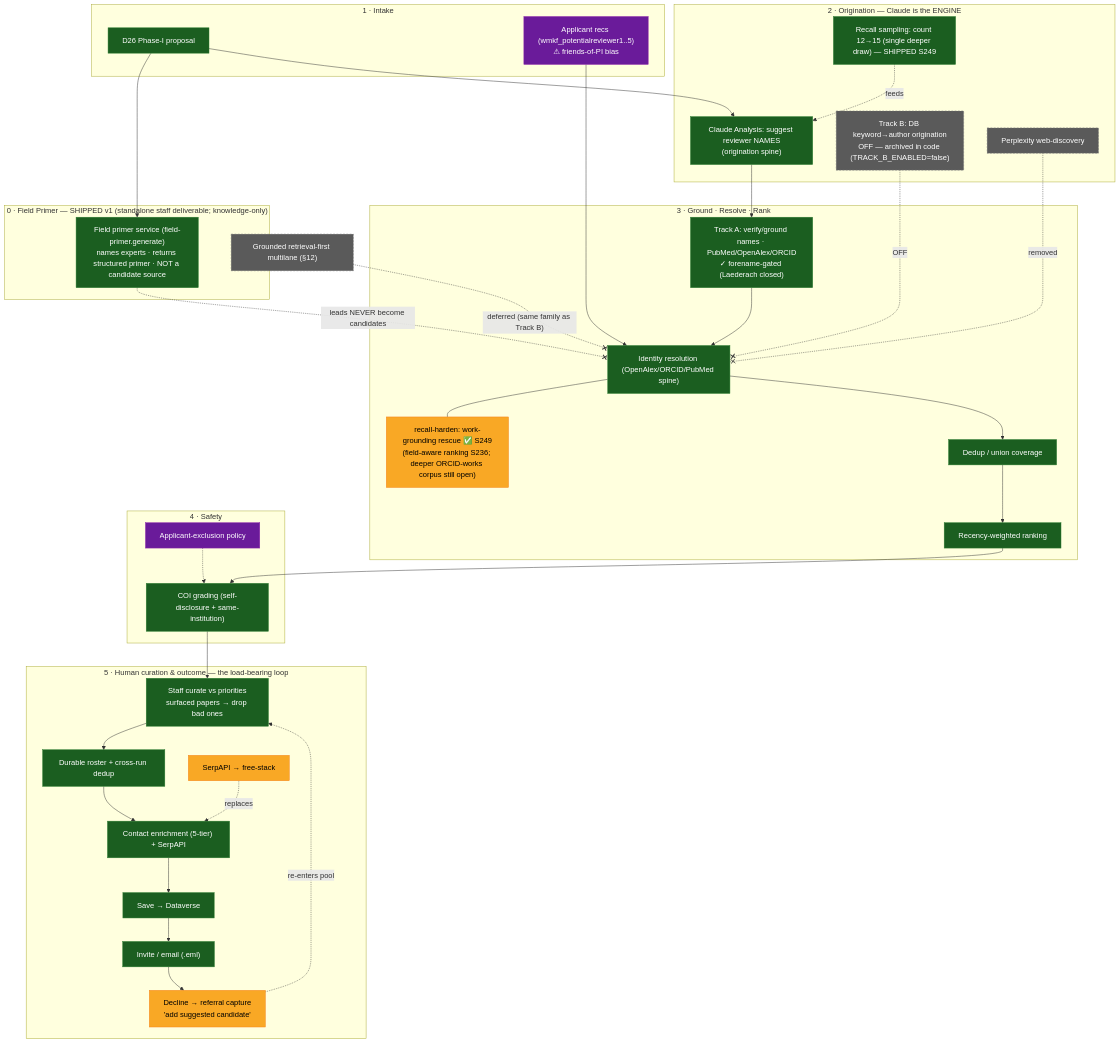
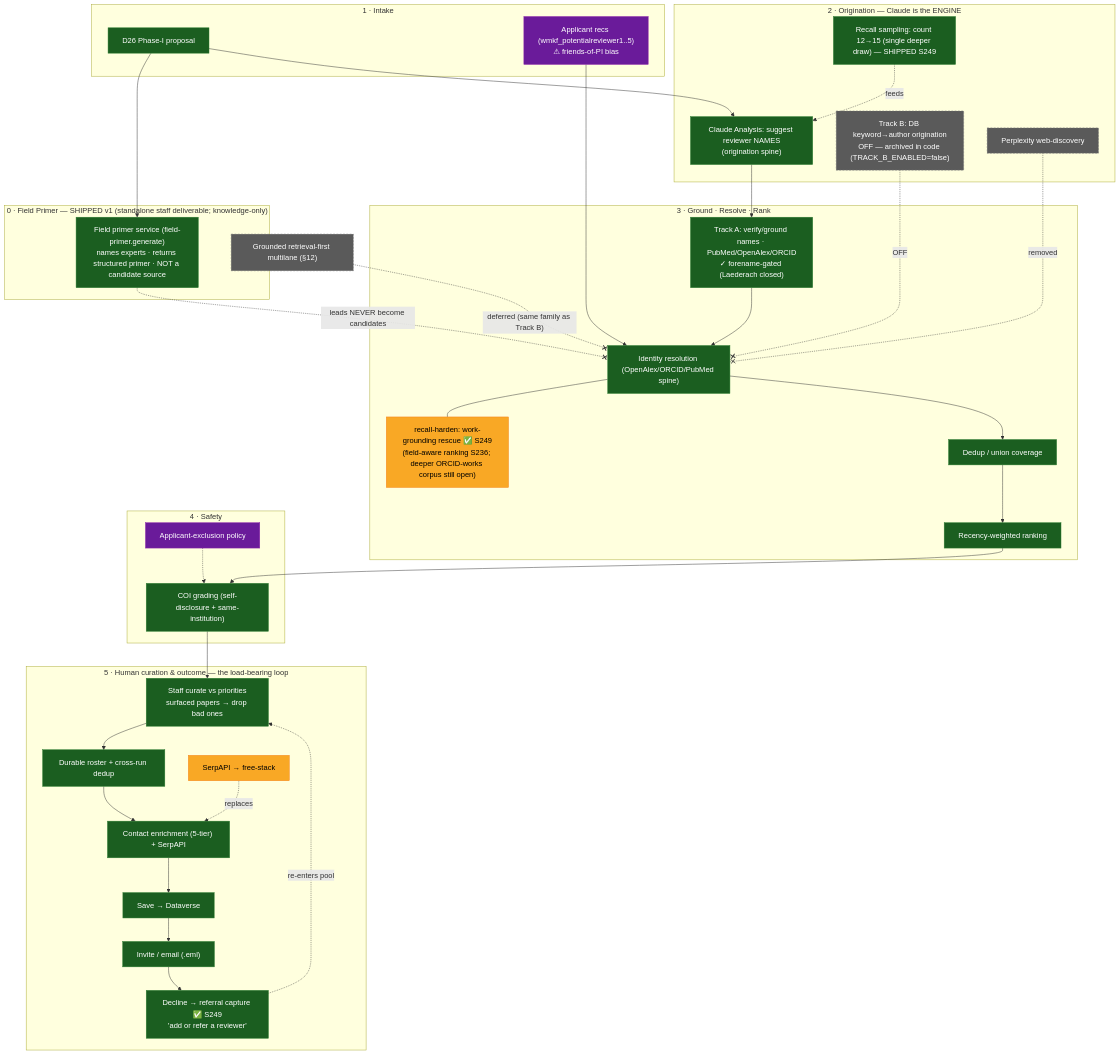
Before and after one commit to justingallivan/wmkf-research-apps: the diagram in docs/REVIEWER_FINDER_D26_PIPELINE_FLOWCHART.md, drawn with Mermaid. The commit also changed other lines of this file and 2 other files, not shown here.

First line of the commit message:
docs(reviewer-finder): reconcile referral capture as shipped (S249)

````diff
--- a/docs/REVIEWER_FINDER_D26_PIPELINE_FLOWCHART.md
+++ b/docs/REVIEWER_FINDER_D26_PIPELINE_FLOWCHART.md
@@ -24,70 +24,70 @@
 ```mermaid
 flowchart TD
     subgraph PRIMER["0 · Field Primer — SHIPPED v1 (standalone staff deliverable; knowledge-only)"]
         PR["Field primer service (field-primer.generate)<br/>names experts · returns structured primer · NOT a candidate source"]
     end
 
     subgraph INPUT["1 · Intake"]
         P[D26 Phase-I proposal]
         AppRecs["Applicant recs (wmkf_potentialreviewer1..5)<br/>⚠ friends-of-PI bias"]
     end
 
     subgraph ORIG["2 · Origination — Claude is the ENGINE"]
         CA["Claude Analysis: suggest reviewer NAMES<br/>(origination spine)"]
         RS["Recall sampling: count 12→15 (single deeper draw) — SHIPPED S249"]
         TB["Track B: DB keyword→author origination<br/>OFF — archived in code (TRACK_B_ENABLED=false)"]
         WEB["Perplexity web-discovery"]
     end
 
     subgraph GROUND["3 · Ground · Resolve · Rank"]
         TA["Track A: verify/ground names · PubMed/OpenAlex/ORCID<br/>✓ forename-gated (Laederach closed)"]
         ID["Identity resolution (OpenAlex/ORCID/PubMed spine)"]
         IDFIX["recall-harden: work-grounding rescue ✅ S249<br/>(field-aware ranking S236; deeper ORCID-works corpus still open)"]
         DD["Dedup / union coverage"]
         RK["Recency-weighted ranking"]
     end
 
     subgraph GATE["4 · Safety"]
         COI["COI grading (self-disclosure + same-institution)"]
         EXC["Applicant-exclusion policy"]
     end
 
     subgraph HUMAN["5 · Human curation & outcome — the load-bearing loop"]
         CUR["Staff curate vs priorities<br/>surfaced papers → drop bad ones"]
         ROSTER["Durable roster + cross-run dedup"]
         ENR["Contact enrichment (5-tier) + SerpAPI"]
         SERP["SerpAPI → free-stack"]
         SAVE["Save → Dataverse"]
         INVITE["Invite / email (.eml)"]
-        REF["Decline → referral capture<br/>'add suggested candidate'"]
+        REF["Decline → referral capture ✅ S249<br/>'add or refer a reviewer'"]
     end
 
     GROUNDED["Grounded retrieval-first multilane (§12)"]
 
     P --> PR
     P --> CA
     RS -.feeds.-> CA
     AppRecs --> ID
     CA --> TA --> ID
     TB -. OFF .-x ID
     WEB -. removed .-x ID
     PR -. leads NEVER become candidates .-x ID
     ID --- IDFIX
     ID --> DD --> RK --> COI
     EXC -.-> COI
     COI --> CUR --> ROSTER --> ENR --> SAVE --> INVITE
     SERP -. replaces .-> ENR
     INVITE --> REF
     REF -. re-enters pool .-> CUR
     GROUNDED -. deferred (same family as Track B) .-x ID
 
     classDef exists fill:#1b5e20,stroke:#2e7d32,color:#fff
     classDef build fill:#f9a825,stroke:#f57f17,color:#000
     classDef dead fill:#5a5a5a,stroke:#777,color:#fff,stroke-dasharray:4 3
     classDef open fill:#6a1b9a,stroke:#8e24aa,color:#fff
 
-    class P,CA,TA,ID,DD,RK,COI,CUR,ROSTER,ENR,SAVE,INVITE,PR,RS exists
-    class IDFIX,SERP,REF build
+    class P,CA,TA,ID,DD,RK,COI,CUR,ROSTER,ENR,SAVE,INVITE,PR,RS,REF exists
+    class IDFIX,SERP build
     class WEB,GROUNDED,TB dead
     class EXC,AppRecs open
 ```
````
